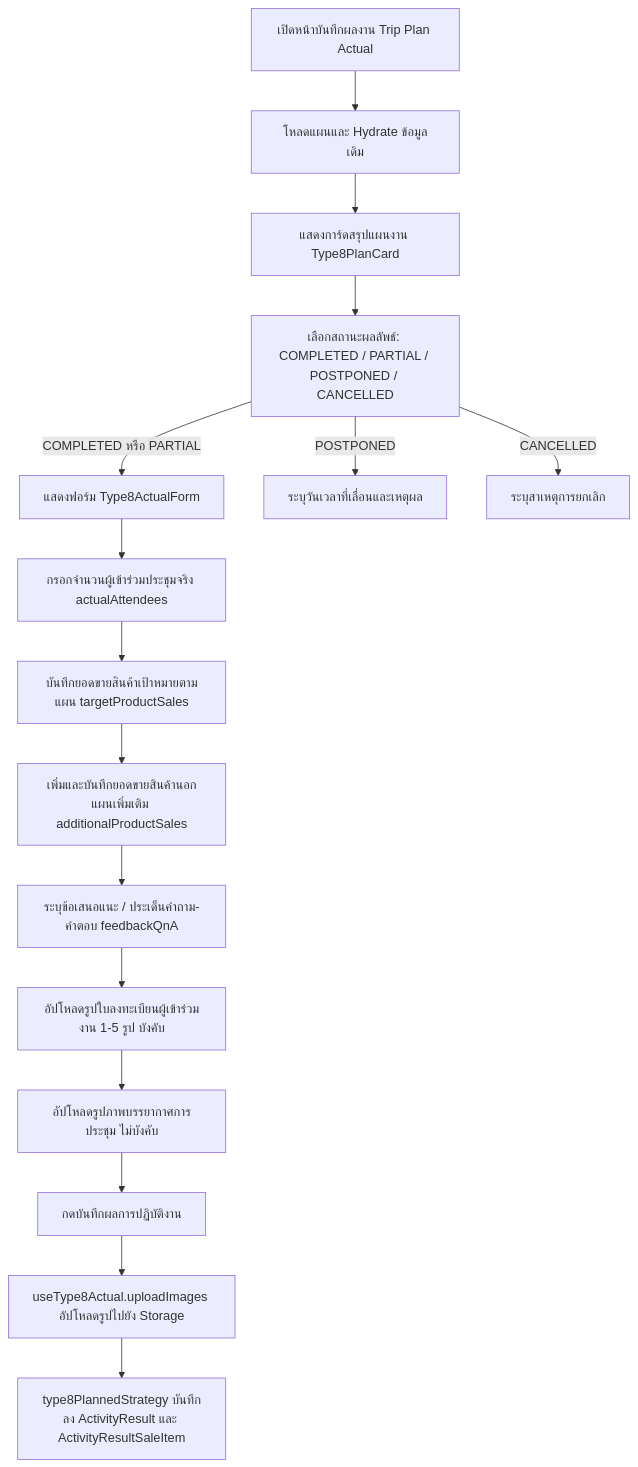
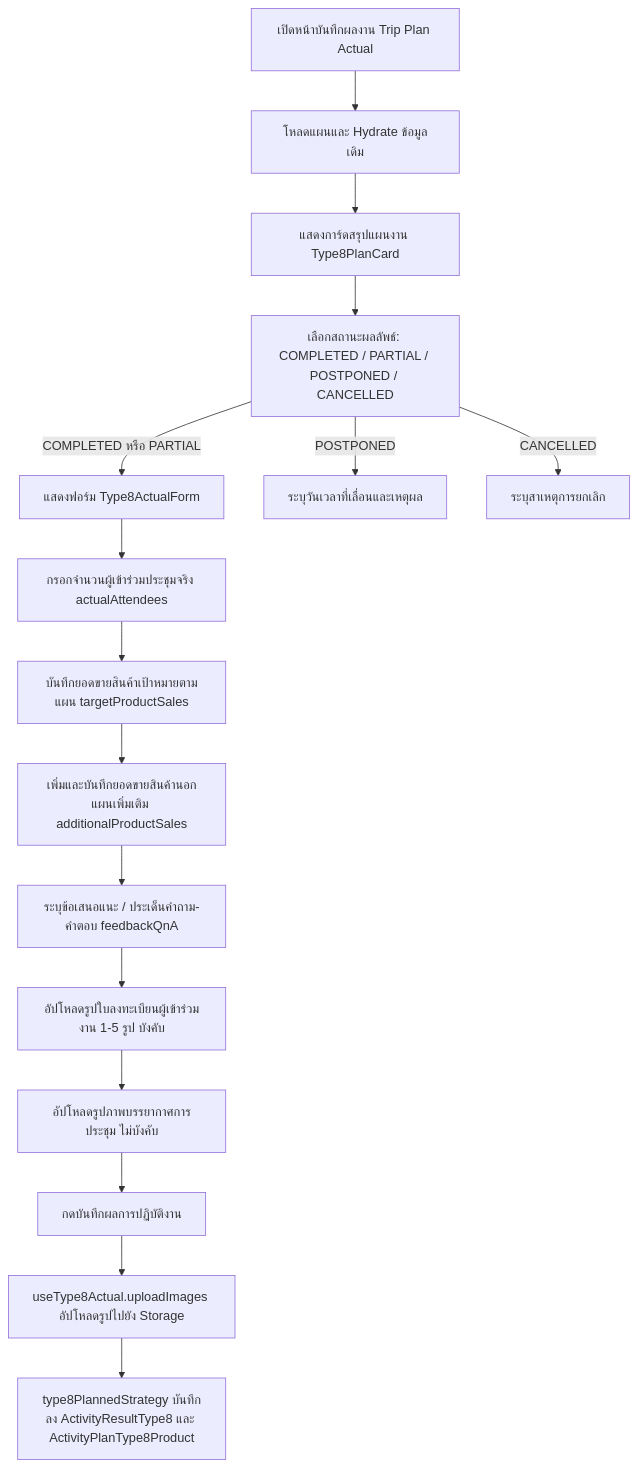
The second of 3 diagrams in modules/activity/features/type-8/README.md (bankhk10/crm-bank), drawn with Mermaid before and after one commit. The commit also changed other lines of this file and 12 other files, not shown here.

````diff
--- a/modules/activity/features/type-8/README.md
+++ b/modules/activity/features/type-8/README.md
@@ -69,18 +69,18 @@
 ```mermaid
 graph TD
     A[เปิดหน้าบันทึกผลงาน Trip Plan Actual] --> B[โหลดแผนและ Hydrate ข้อมูลเดิม]
     B --> C[แสดงการ์ดสรุปแผนงาน Type8PlanCard]
     C --> D[เลือกสถานะผลลัพธ์: COMPLETED / PARTIAL / POSTPONED / CANCELLED]
     D -->|COMPLETED หรือ PARTIAL| E[แสดงฟอร์ม Type8ActualForm]
     E --> F[กรอกจำนวนผู้เข้าร่วมประชุมจริง actualAttendees]
     F --> G[บันทึกยอดขายสินค้าเป้าหมายตามแผน targetProductSales]
     G --> H[เพิ่มและบันทึกยอดขายสินค้านอกแผนเพิ่มเติม additionalProductSales]
     H --> I[ระบุข้อเสนอแนะ / ประเด็นคำถาม-คำตอบ feedbackQnA]
     I --> J[อัปโหลดรูปใบลงทะเบียนผู้เข้าร่วมงาน 1-5 รูป บังคับ]
     J --> K[อัปโหลดรูปภาพบรรยากาศการประชุม ไม่บังคับ]
     K --> L[กดบันทึกผลการปฏิบัติงาน]
     L --> M[useType8Actual.uploadImages อัปโหลดรูปไปยัง Storage]
-    M --> N[type8PlannedStrategy บันทึกลง ActivityResult และ ActivityResultSaleItem]
+    M --> N[type8PlannedStrategy บันทึกลง ActivityResultType8 และ ActivityPlanType8Product]
     D -->|POSTPONED| O[ระบุวันเวลาที่เลื่อนและเหตุผล]
     D -->|CANCELLED| P[ระบุสาเหตุการยกเลิก]
 ```
````
